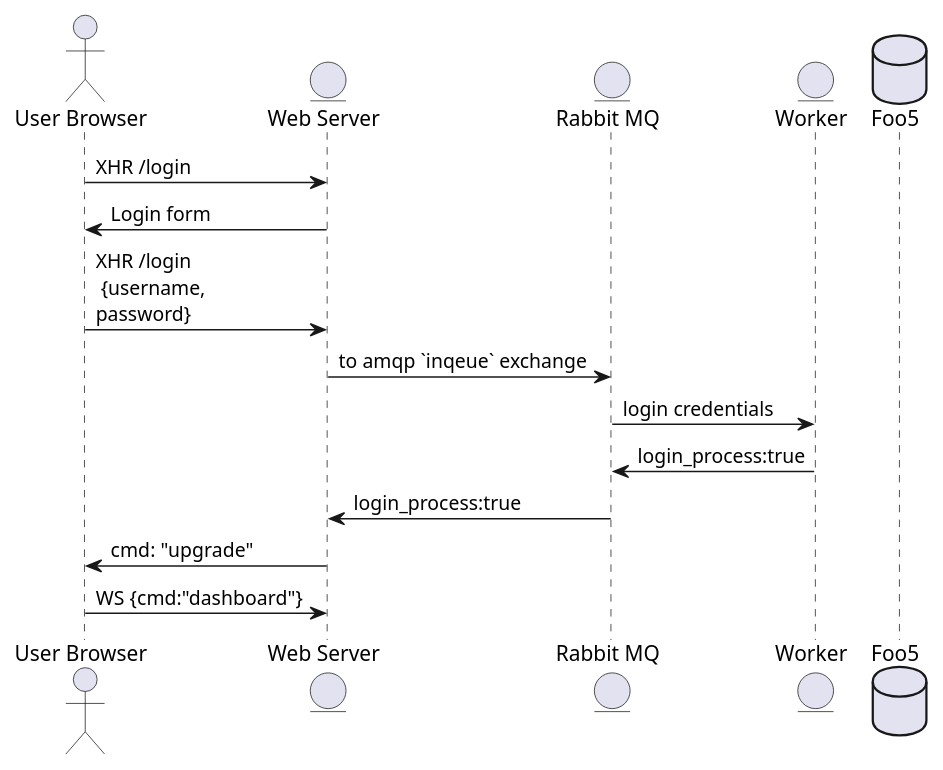
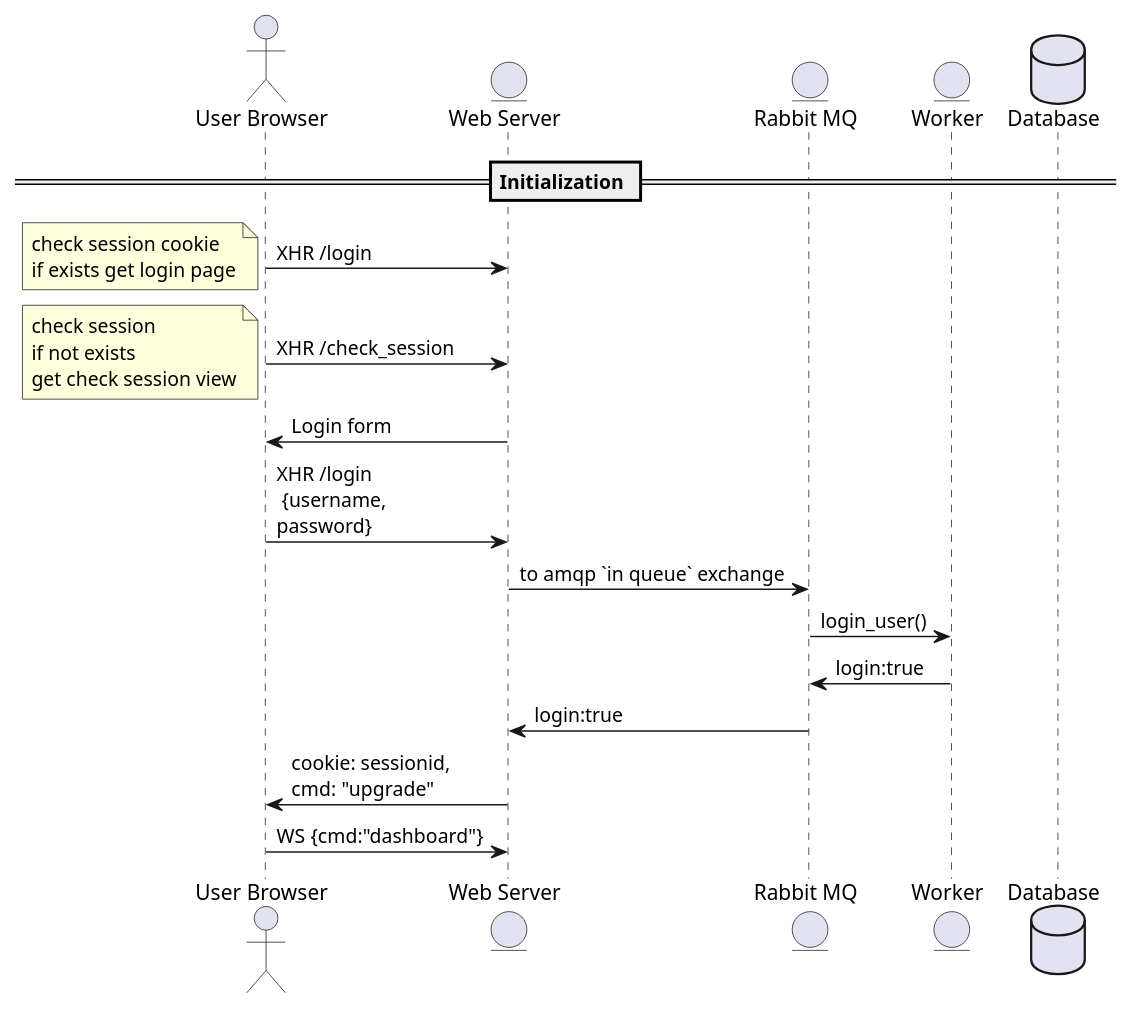
The diagram in docs/new/session.puml (zetaops/ulakbus-ui), drawn with PlantUML before and after one commit.

Commit message:
UI new structure document, puml

```diff
--- a/docs/new/session.puml
+++ b/docs/new/session.puml
@@ -1,19 +1,32 @@
 @startuml
 actor "User Browser" as Client
-'boundary Foo2
-'control Foo3
 entity "Web Server" as Server
 entity "Rabbit MQ" as AMQP
 entity Worker
-database Foo5
+database Database
+
+== Initialization ==
+
 Client -> Server : XHR /login
+note left
+        check session cookie
+        if exists get login page
+end note
+
+Client -> Server : XHR /check_session
+note left
+        check session
+        if not exists
+        get check session view
+end note
 Server -> Client : Login form
+
 Client -> Server : XHR /login \n {username, \npassword}
-Server -> AMQP : to amqp `inqeue` exchange
-AMQP -> Worker : login credentials
-Worker -> AMQP : login_process:true
-AMQP -> Server : login_process:true
-Server -> Client : cmd: "upgrade"
+Server -> AMQP : to amqp `in queue` exchange
+AMQP -> Worker : login_user()
+Worker -> AMQP : login:true
+AMQP -> Server : login:true
+Server -> Client : cookie: sessionid, \ncmd: "upgrade"
 Client -> Server : WS {cmd:"dashboard"}
 
 @enduml
```
